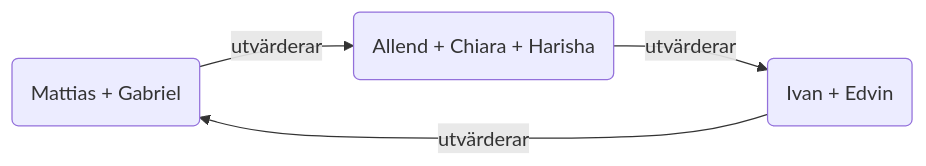
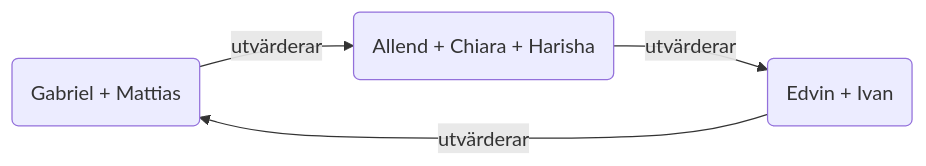
The diagram in projinda-2-ovning/README.md (eeegl/inda23-ovningar), drawn with Mermaid before and after one commit. The commit also changed other lines of this file, not shown here.

````diff
--- a/projinda-2-ovning/README.md
+++ b/projinda-2-ovning/README.md
@@ -17,6 +23,6 @@
 ```mermaid
 graph LR
-    1(Mattias + Gabriel) -- utvärderar --> 2(Allend + Chiara + Harisha)
-    2 -- utvärderar --> 3(Ivan + Edvin)
+    1(Gabriel + Mattias) -- utvärderar --> 2(Allend + Chiara + Harisha)
+    2 -- utvärderar --> 3(Edvin + Ivan)
     3 -- utvärderar --> 1
 ```
````
